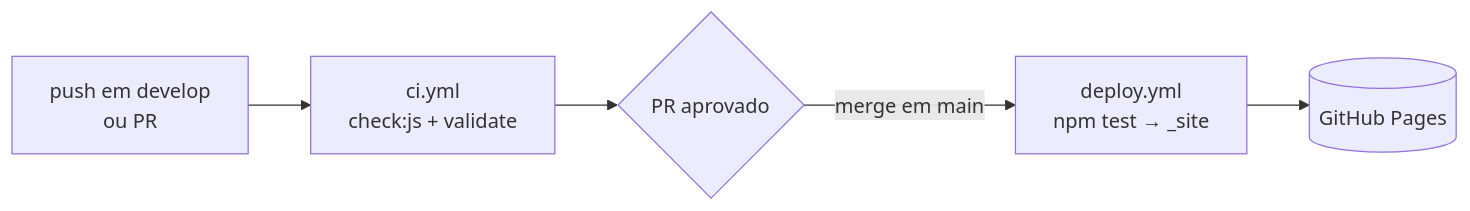
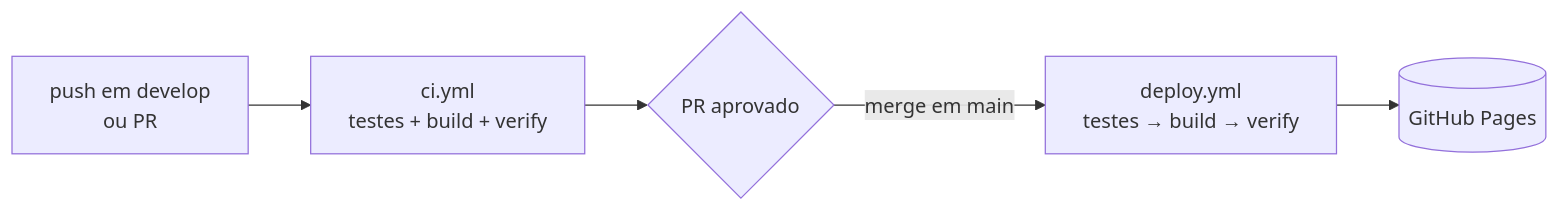
One commit to danhpaiva/claude-certified-developer-simulator-html-css-js changed the diagram in README.md. Above: the diagram before and after it, drawn with Mermaid. The commit also changed other lines of this file and 11 other files, not shown here.

````diff
--- a/README.md
+++ b/README.md
@@ -131,7 +131,7 @@
 ```mermaid
 flowchart LR
-  A["push em develop<br/>ou PR"] --> B["ci.yml<br/>check:js + validate"]
+  A["push em develop<br/>ou PR"] --> B["ci.yml<br/>testes + build + verify"]
   B --> C{"PR aprovado"}
-  C -->|"merge em main"| D["deploy.yml<br/>npm test → _site"]
+  C -->|"merge em main"| D["deploy.yml<br/>testes → build → verify"]
   D --> E[("GitHub Pages")]
 ```
````
